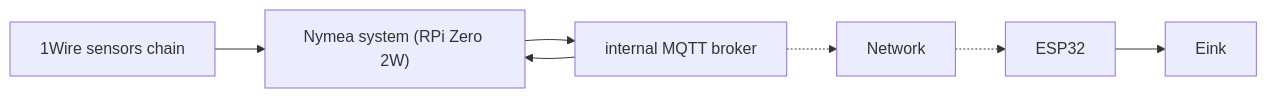
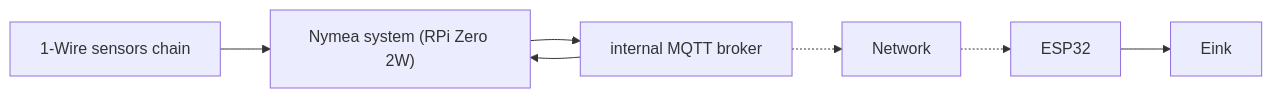
Before and after one commit to electro-soup/Heat-buffer-HMI: the diagram in README.md, drawn with Mermaid. The commit also changed other lines of this file, not shown here.

````diff
--- a/README.md
+++ b/README.md
@@ -45,8 +45,8 @@
 ```mermaid
 flowchart LR
-  sensors["1Wire sensors chain"] --> nymea["Nymea system (RPi Zero 2W)"]
+  sensors["1-Wire sensors chain"] --> nymea["Nymea system (RPi Zero 2W)"]
   nymea --> intMQTT["internal MQTT broker"]--> nymea
   intMQTT -.-> Network
   Network -.-> ESP32
   ESP32 --> Eink
 ```
````
